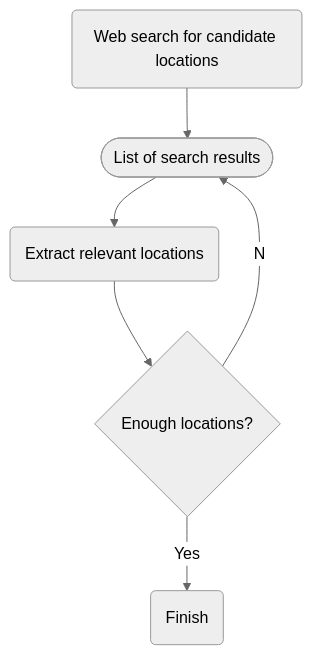
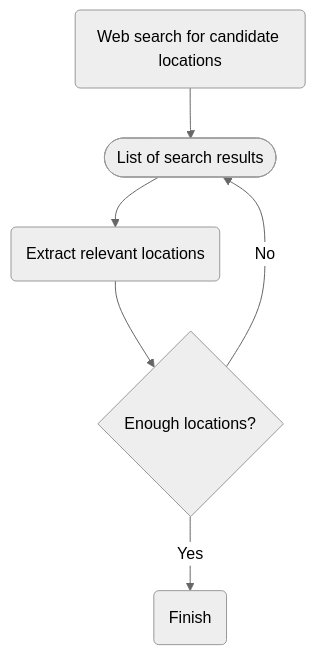
The first of 2 diagrams in README.md (yaoxinmeng/recommender), drawn with Mermaid (neutral theme) before and after one commit. The commit also changed other lines of this file and 2 other files, not shown here.

````diff
--- a/README.md
+++ b/README.md
@@ -23,8 +23,8 @@
 ```mermaid
   graph TD;
       A(Web search for candidate locations)-->B([List of search results]);
       B-->C(Extract relevant locations);
       C-->D{Enough locations?};
-      D--Yes-->E(Finish);
-      D--No-->B
+      D-- Yes -->E(Finish);
+      D-- No -->B
 ```
````
